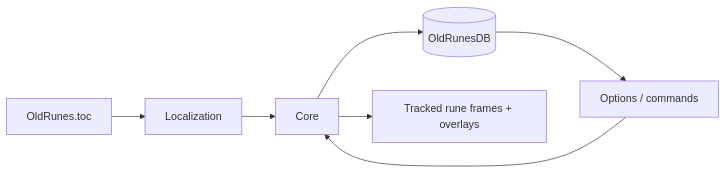
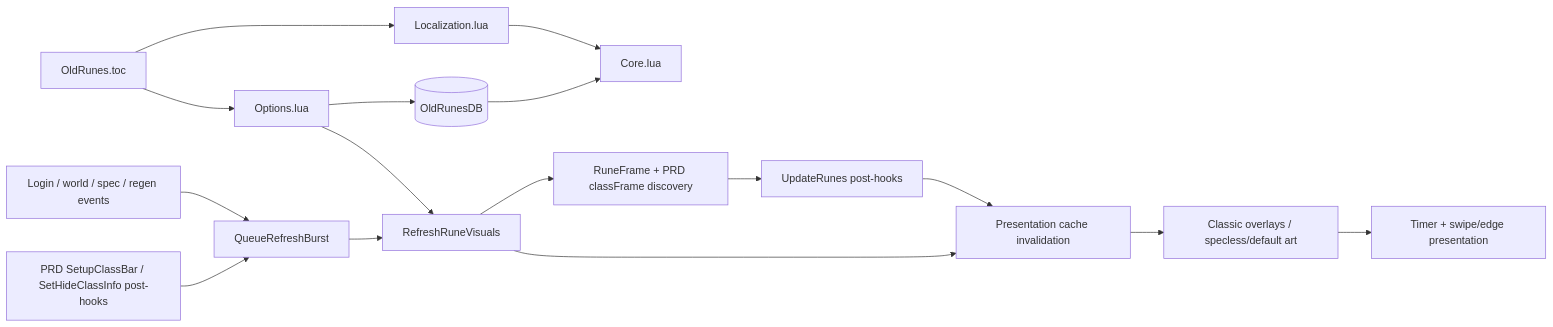
The diagram in CODE_GRAPH.md (UnknownAlienHuman/old-runes), drawn with Mermaid before and after one commit. The commit also changed 7 other files, not shown here.

Commit message:
Update Old Runes for Retail 12.1.0

````diff
--- a/CODE_GRAPH.md
+++ b/CODE_GRAPH.md
@@ -3,9 +3,21 @@
 ```mermaid
 flowchart LR
-  TOC["OldRunes.toc"] --> Locale["Localization"]
-  Locale --> Core["Core"]
-  Core --> DB[("OldRunesDB")]
-  Core --> Runes["Tracked rune frames + overlays"]
-  DB --> Options["Options / commands"]
-  Options --> Core
+  TOC["OldRunes.toc"] --> Locale["Localization.lua"]
+  Locale --> Core["Core.lua"]
+  TOC --> Options["Options.lua"]
+
+  Events["Login / world / spec / regen events"] --> Queue["QueueRefreshBurst"]
+  PRD["PRD SetupClassBar / SetHideClassInfo post-hooks"] --> Queue
+  Queue --> Refresh["RefreshRuneVisuals"]
+
+  Refresh --> Discover["RuneFrame + PRD classFrame discovery"]
+  Discover --> Hooks["UpdateRunes post-hooks"]
+  Refresh --> Invalidate["Presentation cache invalidation"]
+  Hooks --> Invalidate
+  Invalidate --> Render["Classic overlays / specless/default art"]
+  Render --> Cooldowns["Timer + swipe/edge presentation"]
+
+  DB[("OldRunesDB")] --> Core
+  Options --> DB
+  Options --> Refresh
 ```
````
